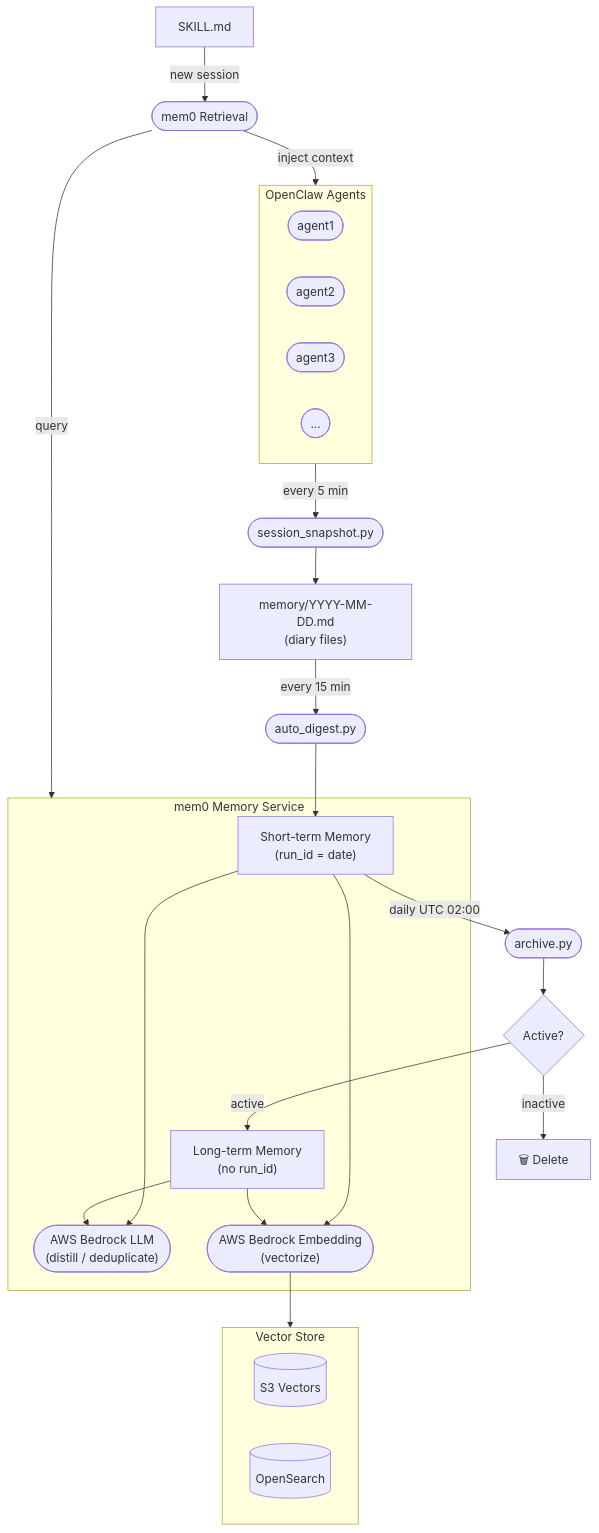
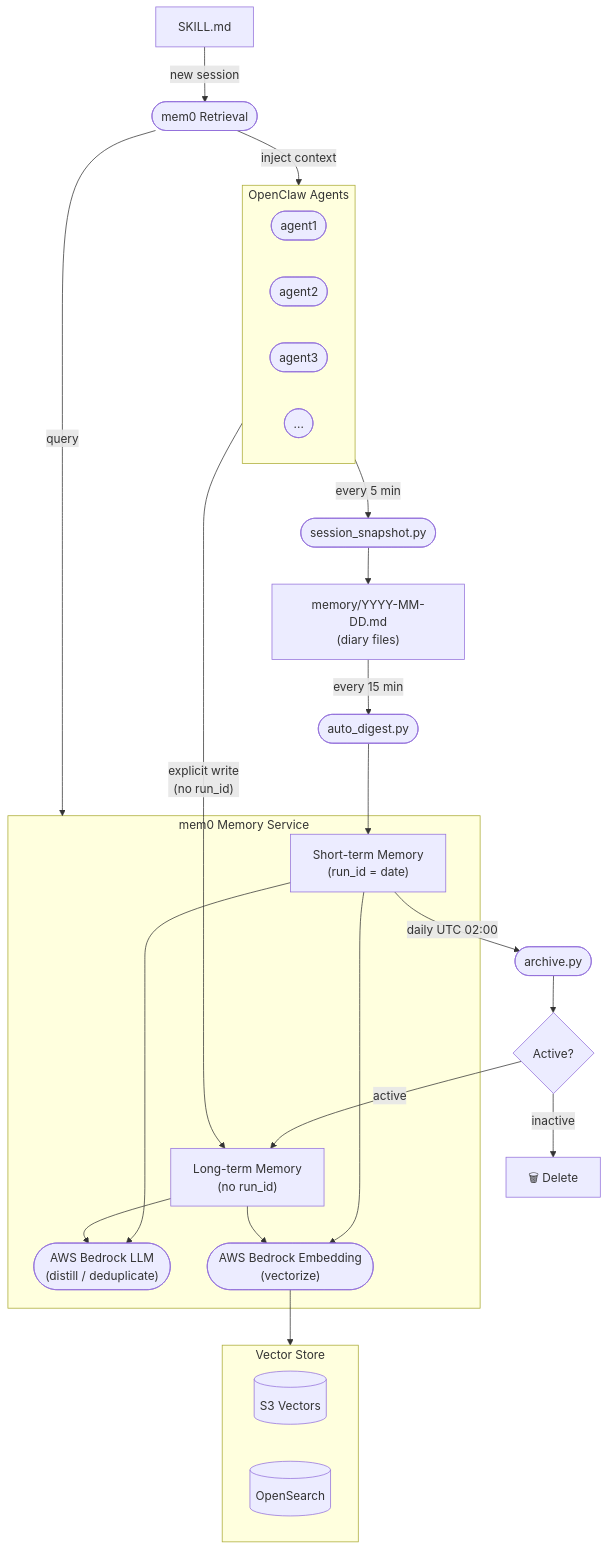
Before and after one commit to norrishuang/mem0-memory-service: the diagram in docs/guide/architecture.md, drawn with Mermaid. The commit also changed other lines of this file and 1 other file, not shown here.

First line of the commit message:
docs: add 'Memory Tiering' section to architecture docs

````diff
--- a/docs/guide/architecture.md
+++ b/docs/guide/architecture.md
@@ -5,50 +5,51 @@
 ```mermaid
 flowchart TD
     subgraph Agents["OpenClaw Agents"]
         A1(["agent1"])
         A2(["agent2"])
         A3(["agent3"])
         A4(["..."])
     end
 
     Diary["memory/YYYY-MM-DD.md\n(diary files)"]
     Snap(["session_snapshot.py"])
     Digest(["auto_digest.py"])
     Archive(["archive.py"])
 
     subgraph Mem0["mem0 Memory Service"]
         LLM(["AWS Bedrock LLM\n(distill / deduplicate)"])
         Embed(["AWS Bedrock Embedding\n(vectorize)"])
         STM["Short-term Memory\n(run_id = date)"]
         LTM["Long-term Memory\n(no run_id)"]
     end
 
     Decision{"Active?"}
 
     subgraph Store["Vector Store"]
         S3[("S3 Vectors")]
         OS[("OpenSearch")]
     end
 
     SKILL["SKILL.md"]
     Retrieve(["mem0 Retrieval"])
 
     Agents -- "every 5 min" --> Snap
     Snap --> Diary
     Diary -- "every 15 min" --> Digest
     Digest --> STM
     STM -- "daily UTC 02:00" --> Archive
     Archive --> Decision
     Decision -- "active" --> LTM
     Decision -- "inactive" --> Del["🗑 Delete"]
+    Agents -- "explicit write\n(no run_id)" --> LTM
 
     STM --> LLM
     STM --> Embed
     LTM --> LLM
     LTM --> Embed
     Embed --> Store
 
     SKILL -- "new session" --> Retrieve
     Retrieve -- "query" --> Mem0
     Retrieve -- "inject context" --> Agents
 ```
````
